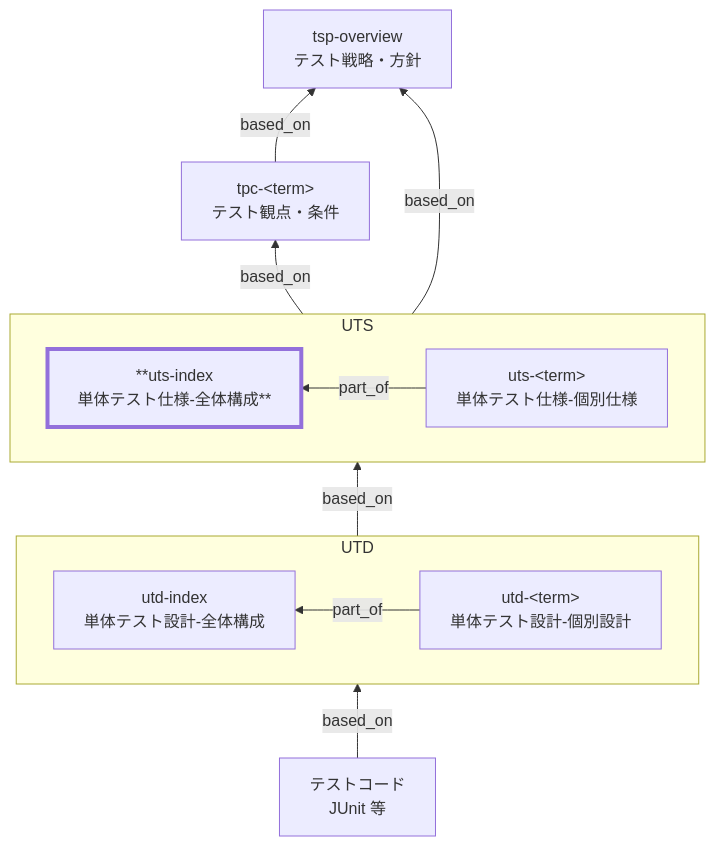
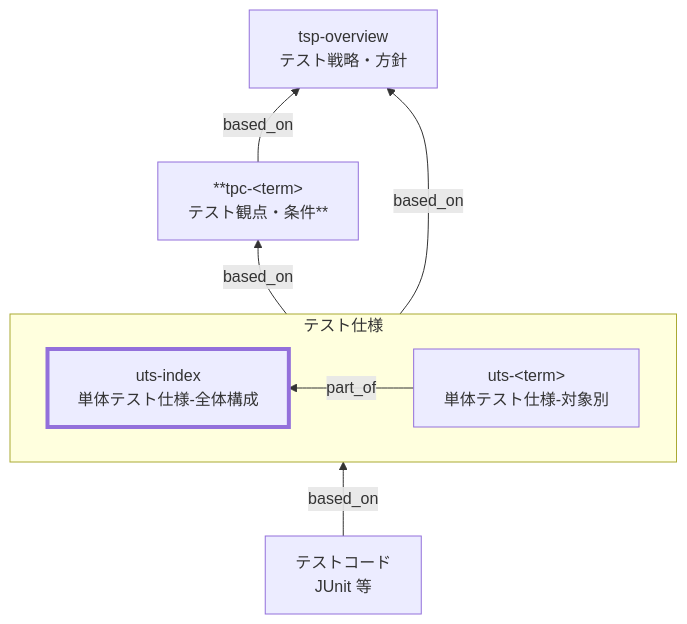
Before and after one commit to specdojo/spec-dojo-handbook: the diagram in docs/ja/handbook/rules/uts-index-rules.md, drawn with Mermaid. The commit also changed other lines of this file, not shown here.

Commit message:
docs(update): スコープ定義の変更をuts-index-rulesに反映

````diff
--- a/docs/ja/handbook/rules/uts-index-rules.md
+++ b/docs/ja/handbook/rules/uts-index-rules.md
@@ -21,30 +23,22 @@
 ```mermaid
 flowchart BT
   TSP["tsp-overview<br>テスト戦略・方針"]
-  TPC["tpc-&lt;term&gt;<br>テスト観点・条件"]
+  TPC["**tpc-&lt;term&gt;<br>テスト観点・条件**"]
 
-  subgraph UTS
+  subgraph LS["テスト仕様"]
   direction RL
-    UTSIndex["**uts-index<br>単体テスト仕様-全体構成**"]
-    UTSDetail["uts-&lt;term&gt;<br>単体テスト仕様-個別仕様"]
-    UTSDetail -->|part_of| UTSIndex
-  end
-
-  subgraph UTD
-  direction RL
-    UTDIndex["utd-index<br>単体テスト設計-全体構成"]
-    UTDDetail["utd-&lt;term&gt;<br>単体テスト設計-個別設計"]
-    UTDDetail -->|part_of| UTDIndex
+    LSIndex["uts-index<br>単体テスト仕様-全体構成"]
+    LSDetail["uts-&lt;term&gt;<br>単体テスト仕様-対象別"]
+    LSDetail -->|part_of| LSIndex
   end
 
   TC["テストコード<br>JUnit 等"]
 
   TPC -->|based_on| TSP
-  UTD -->|based_on| UTS
-  TC -->|based_on| UTD
-  UTS -->|based_on| TSP
-  UTS -->|based_on| TPC
+  LS -->|based_on| TSP
+  LS -->|based_on| TPC
+  TC -->|based_on| LS
 
   classDef target stroke-width:4px
-  class UTSIndex target
+  class LSIndex target
 ```
````
